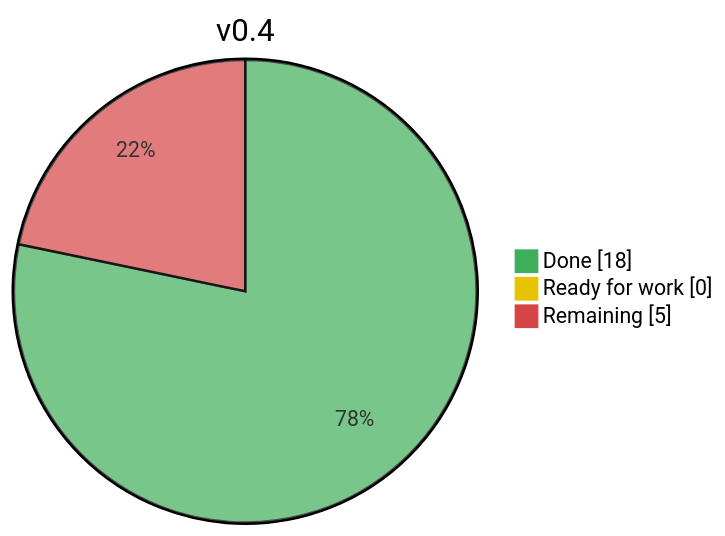
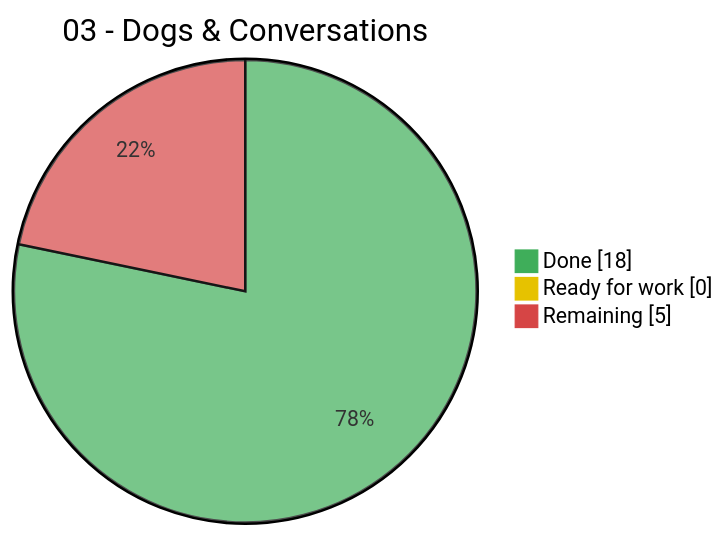
Before and after one commit to derekwinters/lucas-doggiehood: the first of 2 diagrams in .claude/skills/pipeline-dashboard/tests/expected_dashboard.md, drawn with Mermaid. The commit also changed other lines of this file and 18 other files, not shown here.

````diff
--- a/.claude/skills/pipeline-dashboard/tests/expected_dashboard.md
+++ b/.claude/skills/pipeline-dashboard/tests/expected_dashboard.md
@@ -10,7 +10,7 @@
 ```mermaid
 %%{init: {"themeVariables": {"pie1": "#3fae5a", "pie2": "#e6c200", "pie3": "#d64545"}}}%%
-pie showData title v0.4
+pie showData title 03 - Dogs & Conversations
     "Done" : 18
     "Ready for work" : 0
     "Remaining" : 5
 ```
````
